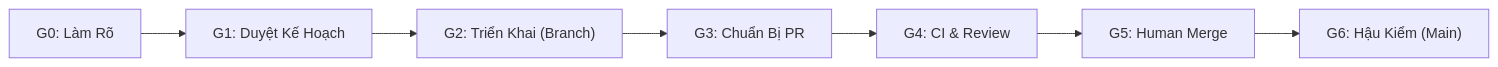
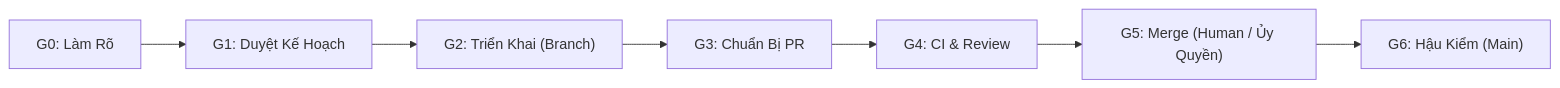
The diagram in AGENTS.md (tanntran2000/Build-Settlement), drawn with Mermaid before and after one commit.

Commit message:
docs: relabel G5 flowchart node for delegated merge

````diff
--- a/AGENTS.md
+++ b/AGENTS.md
@@ -46,9 +46,9 @@
 ```mermaid
 flowchart LR
     G0["G0: Làm Rõ"] --> G1["G1: Duyệt Kế Hoạch"]
     G1 --> G2["G2: Triển Khai (Branch)"]
     G2 --> G3["G3: Chuẩn Bị PR"]
     G3 --> G4["G4: CI & Review"]
-    G4 --> G5["G5: Human Merge"]
+    G4 --> G5["G5: Merge (Human / Ủy Quyền)"]
     G5 --> G6["G6: Hậu Kiểm (Main)"]
 ```
````
